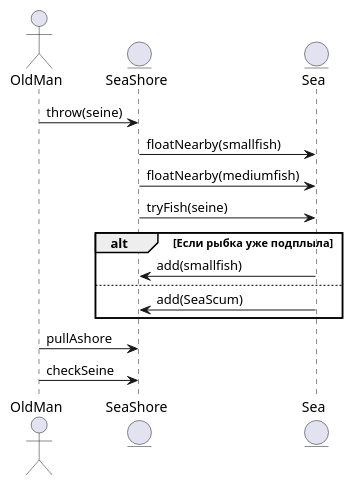
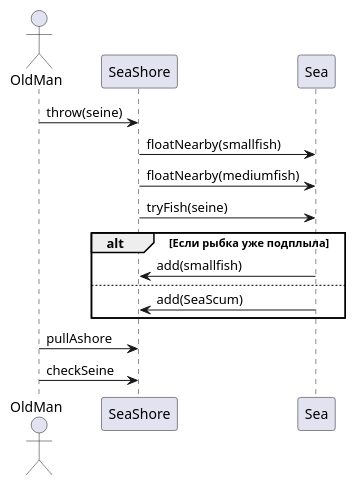
The diagram in lab5/4-Модифицированная диаграмма с разделением ролей на части.puml (lisisisan/CASE-2024), drawn with PlantUML before and after one commit. The commit also changed 27 other files, not shown here.

```diff
--- a/lab5/4-Модифицированная диаграмма с разделением ролей на части.puml
+++ b/lab5/4-Модифицированная диаграмма с разделением ролей на части.puml
@@ -1,27 +1,27 @@
 @startuml
 actor OldMan
-entity SeaShore
-entity Sea
+participant SeaShore
+participant Sea
 
 ' Старик забрасывает невод через берег
 OldMan -> SeaShore : throw(seine)
 
 ' Берег управляет плаванием рыбок
 SeaShore -> Sea : floatNearby(smallfish)
 SeaShore -> Sea : floatNearby(mediumfish)
 
 ' Невод запрашивает рыбу
 SeaShore -> Sea : tryFish(seine)
 
 alt Если рыбка уже подплыла
     Sea -> SeaShore : add(smallfish)
 else
     Sea -> SeaShore : add(SeaScum)
 end
 
 ' Старик вытягивает невод через берег
 OldMan -> SeaShore : pullAshore
 
 ' Старик проверяет невод
 OldMan -> SeaShore : checkSeine
 @enduml
```
